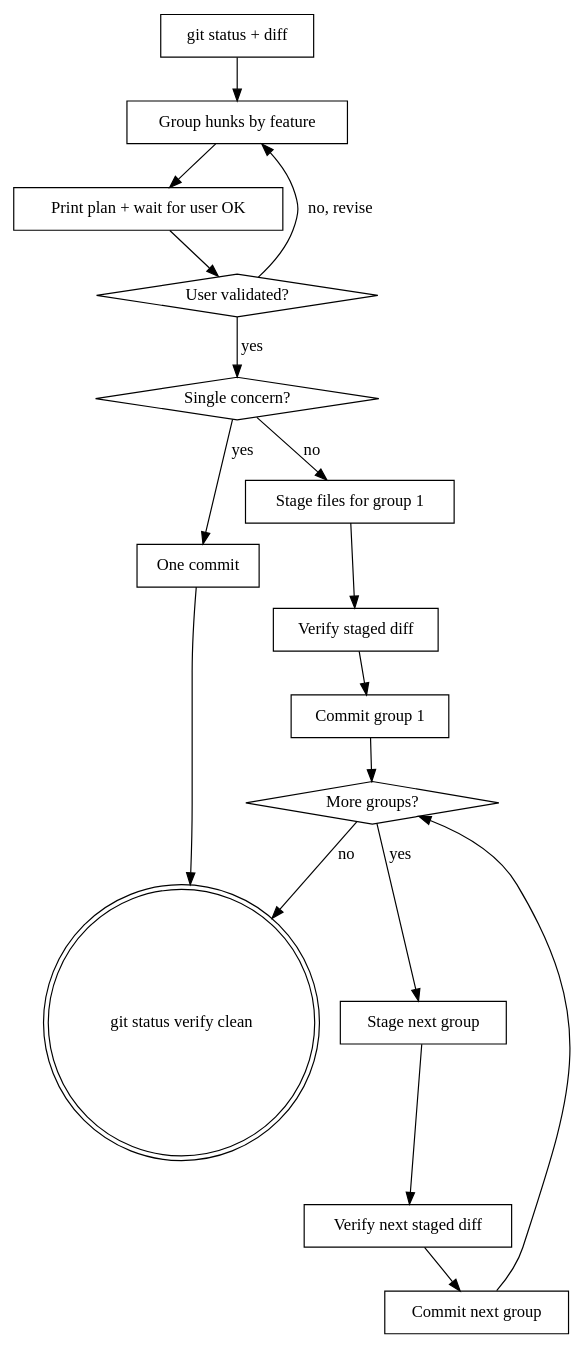
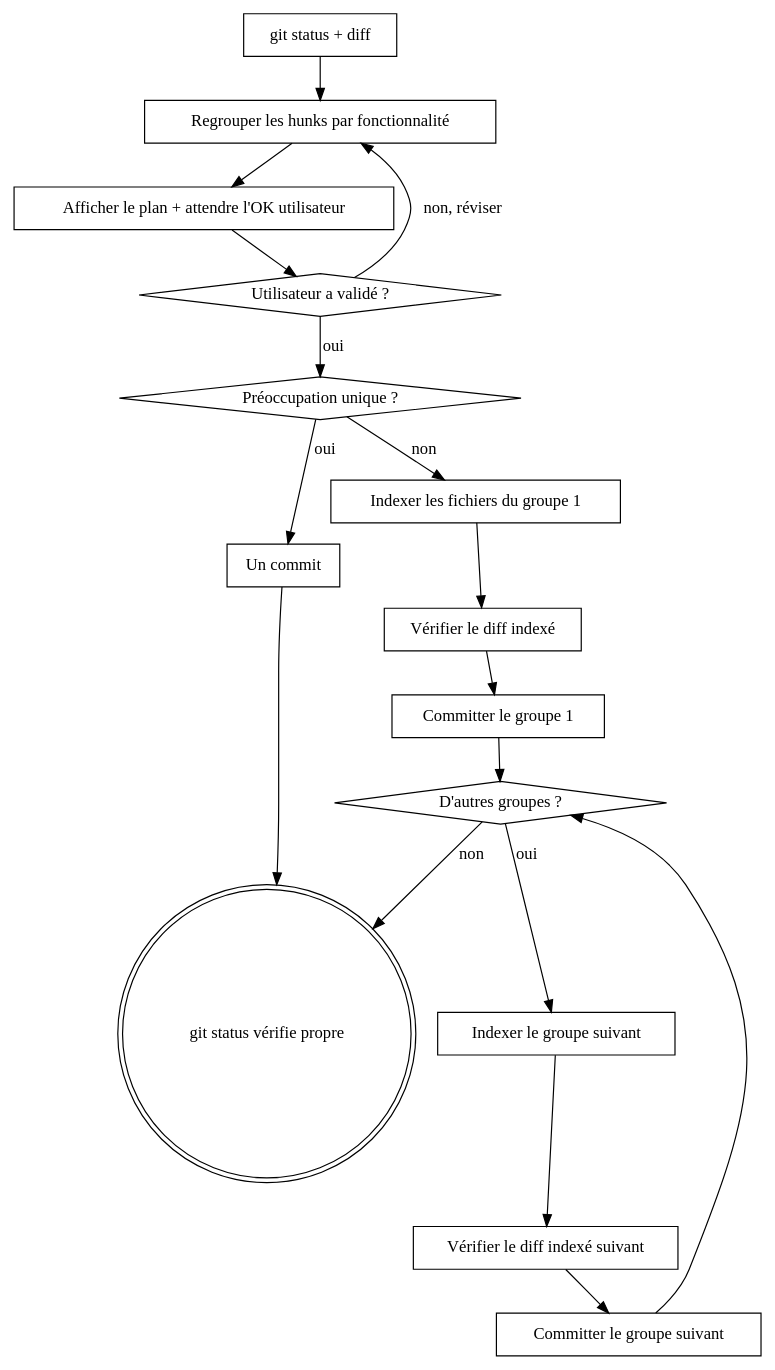
One commit to aymericderbois/skills changed the diagram in skills/git-commit/workflow.md. Above: the diagram before and after it, drawn with Graphviz. The commit also changed other lines of this file and 1 other file, not shown here.

Commit message:
refactor(git-commit): francise le skill et retire le workflow ticket IPT2

````diff
--- a/skills/git-commit/workflow.md
+++ b/skills/git-commit/workflow.md
@@ -3,35 +3,35 @@
 ```dot
 digraph commit_flow {
     "git status + diff" [shape=box];
-    "Group hunks by feature" [shape=box];
-    "Single concern?" [shape=diamond];
-    "One commit" [shape=box];
-    "Stage files for group 1" [shape=box];
-    "Verify staged diff" [shape=box];
-    "Commit group 1" [shape=box];
-    "More groups?" [shape=diamond];
-    "Stage next group" [shape=box];
-    "Verify next staged diff" [shape=box];
-    "Commit next group" [shape=box];
-    "git status verify clean" [shape=doublecircle];
+    "Regrouper les hunks par fonctionnalité" [shape=box];
+    "Préoccupation unique ?" [shape=diamond];
+    "Un commit" [shape=box];
+    "Indexer les fichiers du groupe 1" [shape=box];
+    "Vérifier le diff indexé" [shape=box];
+    "Committer le groupe 1" [shape=box];
+    "D'autres groupes ?" [shape=diamond];
+    "Indexer le groupe suivant" [shape=box];
+    "Vérifier le diff indexé suivant" [shape=box];
+    "Committer le groupe suivant" [shape=box];
+    "git status vérifie propre" [shape=doublecircle];
 
-    "git status + diff" -> "Group hunks by feature";
-    "Group hunks by feature" -> "Print plan + wait for user OK";
-    "Print plan + wait for user OK" [shape=box];
-    "User validated?" [shape=diamond];
-    "Print plan + wait for user OK" -> "User validated?";
-    "User validated?" -> "Group hunks by feature" [label="no, revise"];
-    "User validated?" -> "Single concern?" [label="yes"];
-    "Single concern?" -> "One commit" [label="yes"];
-    "One commit" -> "git status verify clean";
-    "Single concern?" -> "Stage files for group 1" [label="no"];
-    "Stage files for group 1" -> "Verify staged diff";
-    "Verify staged diff" -> "Commit group 1";
-    "Commit group 1" -> "More groups?";
-    "More groups?" -> "Stage next group" [label="yes"];
-    "Stage next group" -> "Verify next staged diff";
-    "Verify next staged diff" -> "Commit next group";
-    "Commit next group" -> "More groups?";
-    "More groups?" -> "git status verify clean" [label="no"];
+    "git status + diff" -> "Regrouper les hunks par fonctionnalité";
+    "Regrouper les hunks par fonctionnalité" -> "Afficher le plan + attendre l'OK utilisateur";
+    "Afficher le plan + attendre l'OK utilisateur" [shape=box];
+    "Utilisateur a validé ?" [shape=diamond];
+    "Afficher le plan + attendre l'OK utilisateur" -> "Utilisateur a validé ?";
+    "Utilisateur a validé ?" -> "Regrouper les hunks par fonctionnalité" [label="non, réviser"];
+    "Utilisateur a validé ?" -> "Préoccupation unique ?" [label="oui"];
+    "Préoccupation unique ?" -> "Un commit" [label="oui"];
+    "Un commit" -> "git status vérifie propre";
+    "Préoccupation unique ?" -> "Indexer les fichiers du groupe 1" [label="non"];
+    "Indexer les fichiers du groupe 1" -> "Vérifier le diff indexé";
+    "Vérifier le diff indexé" -> "Committer le groupe 1";
+    "Committer le groupe 1" -> "D'autres groupes ?";
+    "D'autres groupes ?" -> "Indexer le groupe suivant" [label="oui"];
+    "Indexer le groupe suivant" -> "Vérifier le diff indexé suivant";
+    "Vérifier le diff indexé suivant" -> "Committer le groupe suivant";
+    "Committer le groupe suivant" -> "D'autres groupes ?";
+    "D'autres groupes ?" -> "git status vérifie propre" [label="non"];
 }
 ```
````
